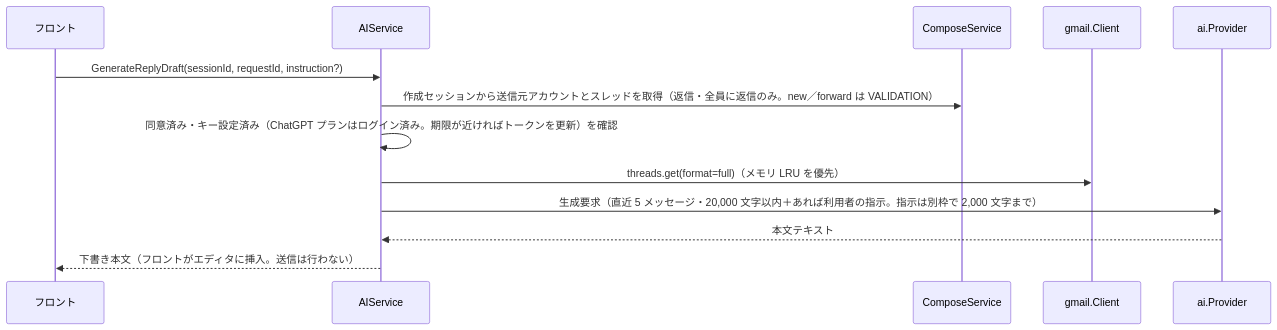
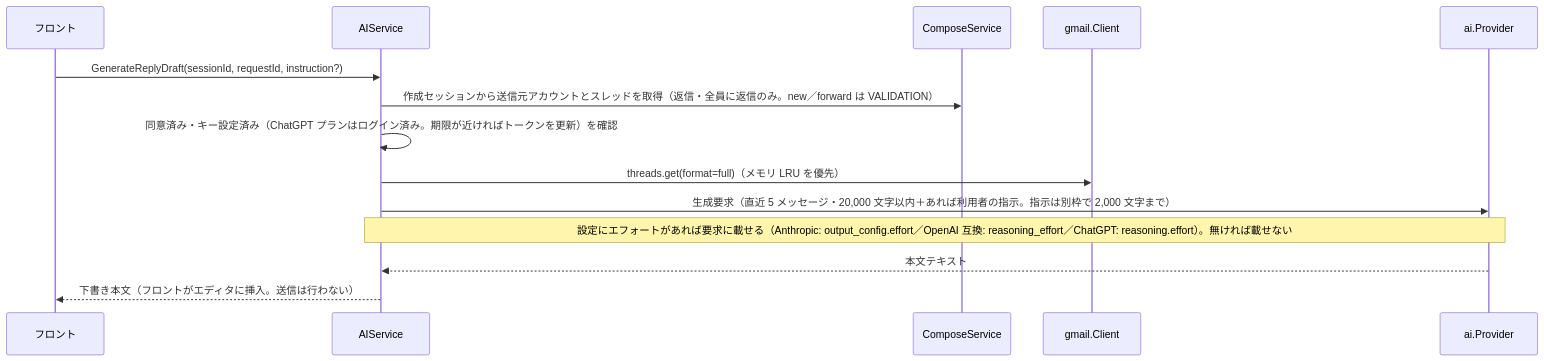
One commit to ousiassllc/hitomado changed the sixth of 6 diagrams in docs/architecture/overview.md. Above: the diagram before and after it, drawn with Mermaid. The commit also changed other lines of this file and 4 other files, not shown here.

````diff
--- a/docs/architecture/overview.md
+++ b/docs/architecture/overview.md
@@ -283,15 +283,16 @@
 ```mermaid
 sequenceDiagram
   participant FE as フロント
   participant AI as AIService
   participant CS as ComposeService
   participant GM as gmail.Client
   participant PV as ai.Provider
   FE->>AI: GenerateReplyDraft(sessionId, requestId, instruction?)
   AI->>CS: 作成セッションから送信元アカウントとスレッドを取得（返信・全員に返信のみ。new／forward は VALIDATION）
   AI->>AI: 同意済み・キー設定済み（ChatGPT プランはログイン済み。期限が近ければトークンを更新）を確認
   AI->>GM: threads.get(format=full)（メモリ LRU を優先）
   AI->>PV: 生成要求（直近 5 メッセージ・20,000 文字以内＋あれば利用者の指示。指示は別枠で 2,000 文字まで）
+  Note over AI,PV: 設定にエフォートがあれば要求に載せる（Anthropic: output_config.effort／OpenAI 互換: reasoning_effort／ChatGPT: reasoning.effort）。無ければ載せない
   PV-->>AI: 本文テキスト
   AI-->>FE: 下書き本文（フロントがエディタに挿入。送信は行わない）
 ```
````
